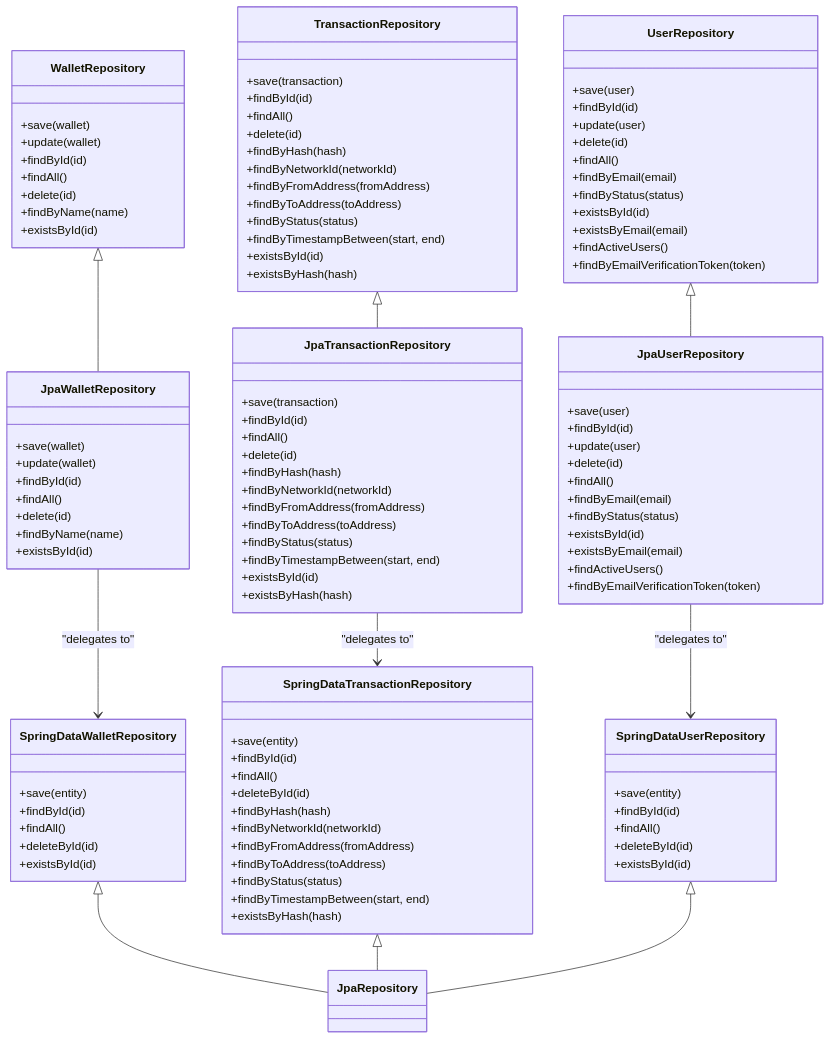
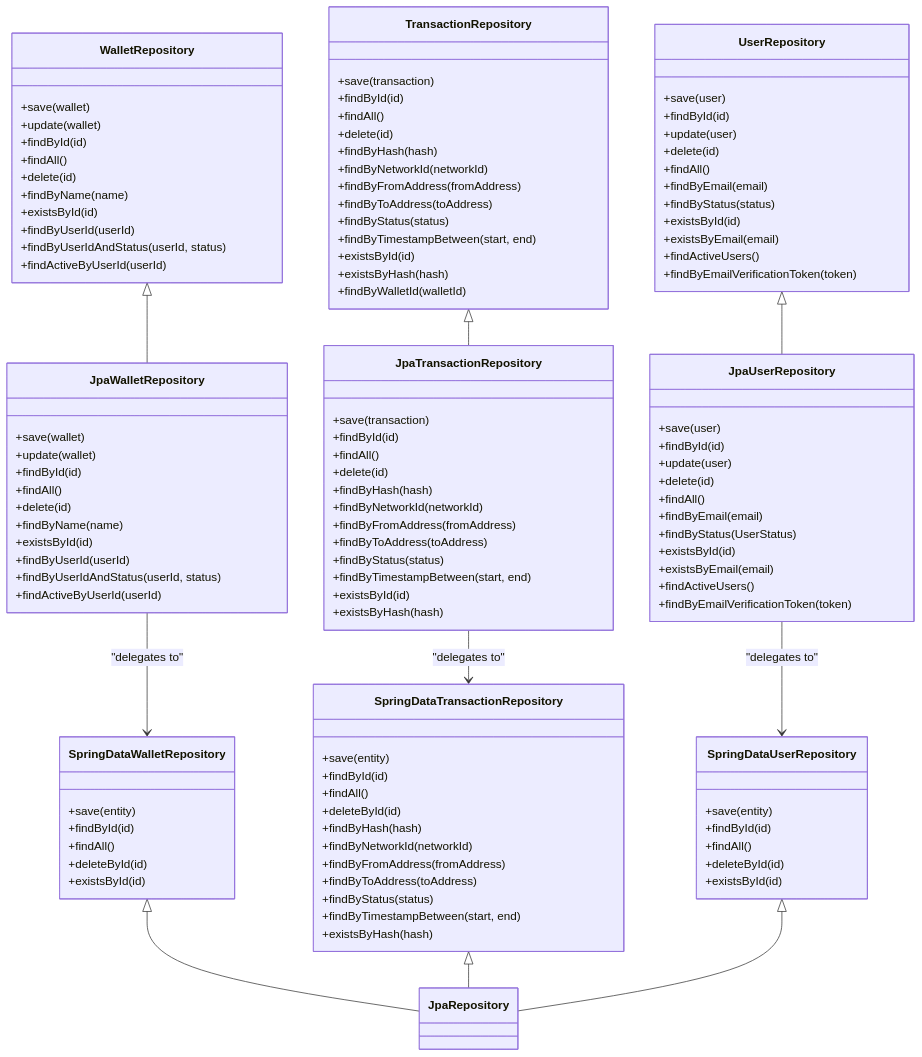
One commit to italoag/wallet changed the fourth of 9 diagrams in .qoder/repowiki/en/content/Persistence Layer/Persistence Layer.md. Above: the diagram before and after it, drawn with Mermaid. The commit also changed other lines of this file and 10 other files, not shown here.

```diff
--- a/.qoder/repowiki/en/content/Persistence Layer/Persistence Layer.md
+++ b/.qoder/repowiki/en/content/Persistence Layer/Persistence Layer.md
@@ -193,6 +193,9 @@
 +delete(id)
 +findByName(name)
 +existsById(id)
++findByUserId(userId)
++findByUserIdAndStatus(userId, status)
++findActiveByUserId(userId)
 }
 class TransactionRepository {
 +save(transaction)
@@ -207,6 +210,7 @@
 +findByTimestampBetween(start, end)
 +existsById(id)
 +existsByHash(hash)
++findByWalletId(walletId)
 }
 class UserRepository {
 +save(user)
@@ -229,6 +233,9 @@
 +delete(id)
 +findByName(name)
 +existsById(id)
++findByUserId(userId)
++findByUserIdAndStatus(userId, status)
++findActiveByUserId(userId)
 }
 class JpaTransactionRepository {
 +save(transaction)
@@ -251,7 +258,7 @@
 +delete(id)
 +findAll()
 +findByEmail(email)
-+findByStatus(status)
++findByStatus(UserStatus)
 +existsById(id)
 +existsByEmail(email)
 +findActiveUsers()
```
